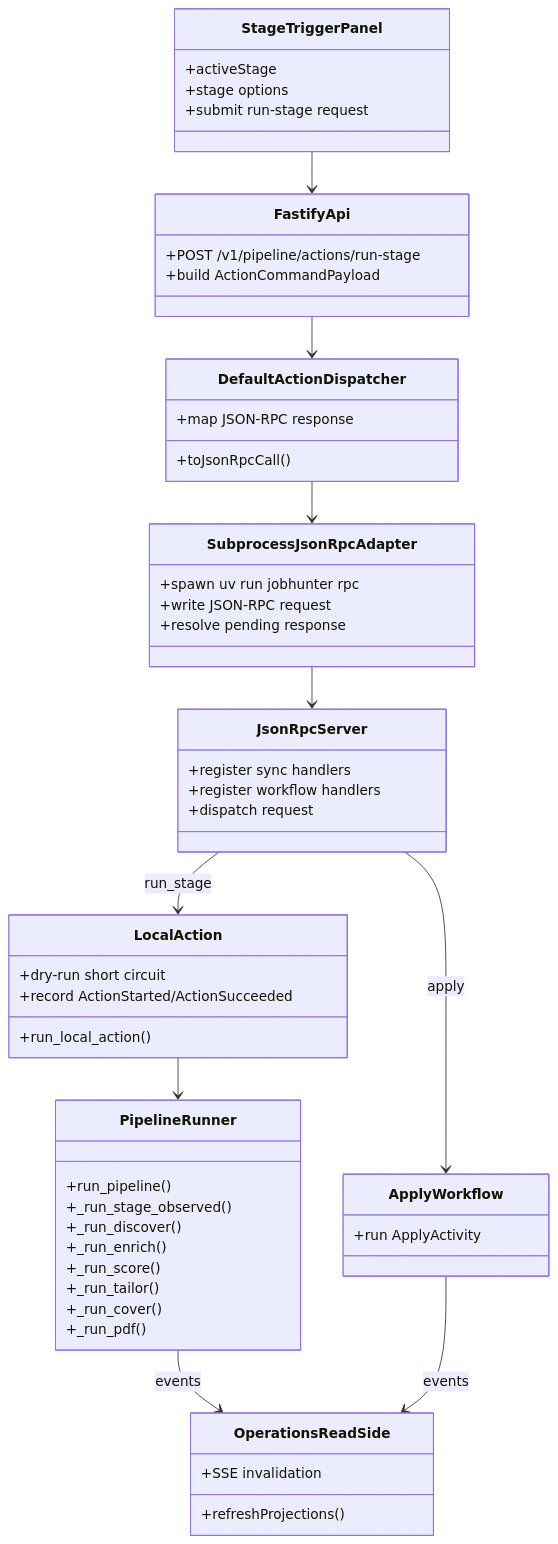
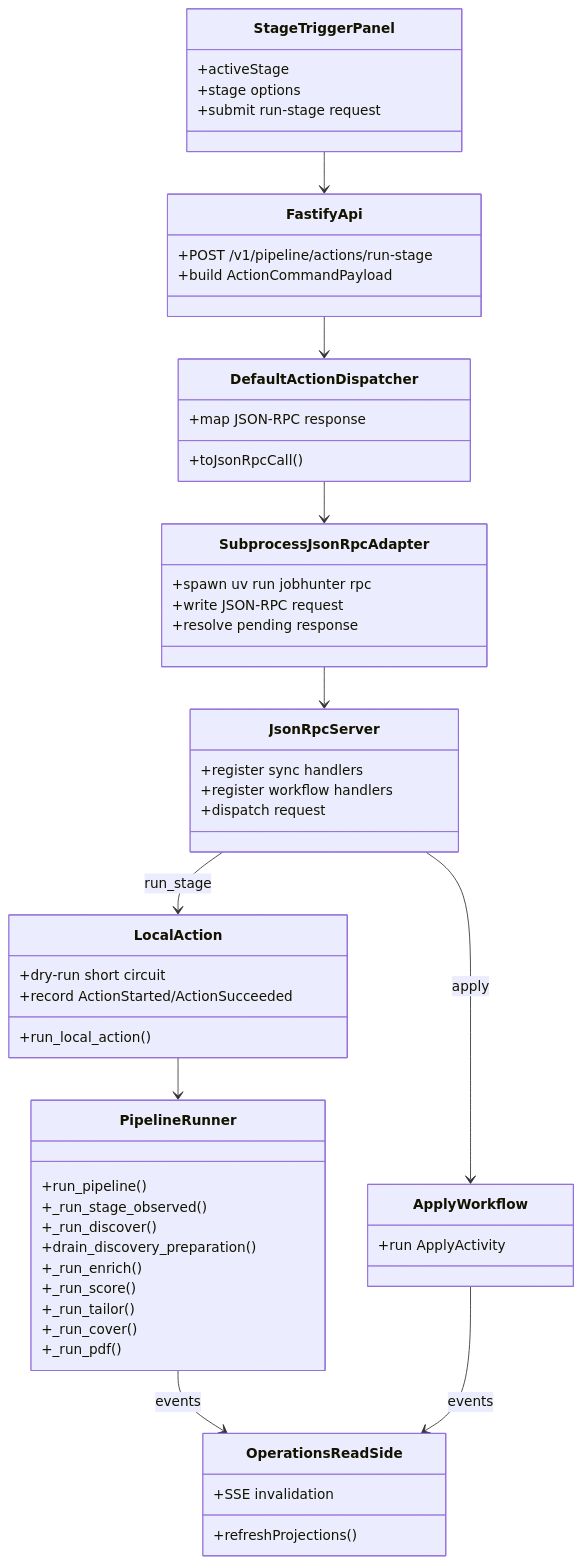
One commit to ebarti/JobCtrl changed the second of 16 diagrams in docs/job-pipeline-architecture.md. Above: the diagram before and after it, drawn with Mermaid. The commit also changed other lines of this file and 3 other files, not shown here.

Commit message:
docs: document discovery preparation flow

````diff
--- a/docs/job-pipeline-architecture.md
+++ b/docs/job-pipeline-architecture.md
@@ -102,58 +126,59 @@
 ```mermaid
 classDiagram
     class StageTriggerPanel {
       +activeStage
       +stage options
       +submit run-stage request
     }
     class FastifyApi {
       +POST /v1/pipeline/actions/run-stage
       +build ActionCommandPayload
     }
     class DefaultActionDispatcher {
       +toJsonRpcCall()
       +map JSON-RPC response
     }
     class SubprocessJsonRpcAdapter {
       +spawn uv run jobhunter rpc
       +write JSON-RPC request
       +resolve pending response
     }
     class JsonRpcServer {
       +register sync handlers
       +register workflow handlers
       +dispatch request
     }
     class LocalAction {
       +run_local_action()
       +dry-run short circuit
       +record ActionStarted/ActionSucceeded
     }
     class PipelineRunner {
       +run_pipeline()
       +_run_stage_observed()
       +_run_discover()
+      +drain_discovery_preparation()
       +_run_enrich()
       +_run_score()
       +_run_tailor()
       +_run_cover()
       +_run_pdf()
     }
     class ApplyWorkflow {
       +run ApplyActivity
     }
     class OperationsReadSide {
       +refreshProjections()
       +SSE invalidation
     }
 
     StageTriggerPanel --> FastifyApi
     FastifyApi --> DefaultActionDispatcher
     DefaultActionDispatcher --> SubprocessJsonRpcAdapter
     SubprocessJsonRpcAdapter --> JsonRpcServer
     JsonRpcServer --> LocalAction : run_stage
     JsonRpcServer --> ApplyWorkflow : apply
     LocalAction --> PipelineRunner
     PipelineRunner --> OperationsReadSide : events
     ApplyWorkflow --> OperationsReadSide : events
 ```
````
